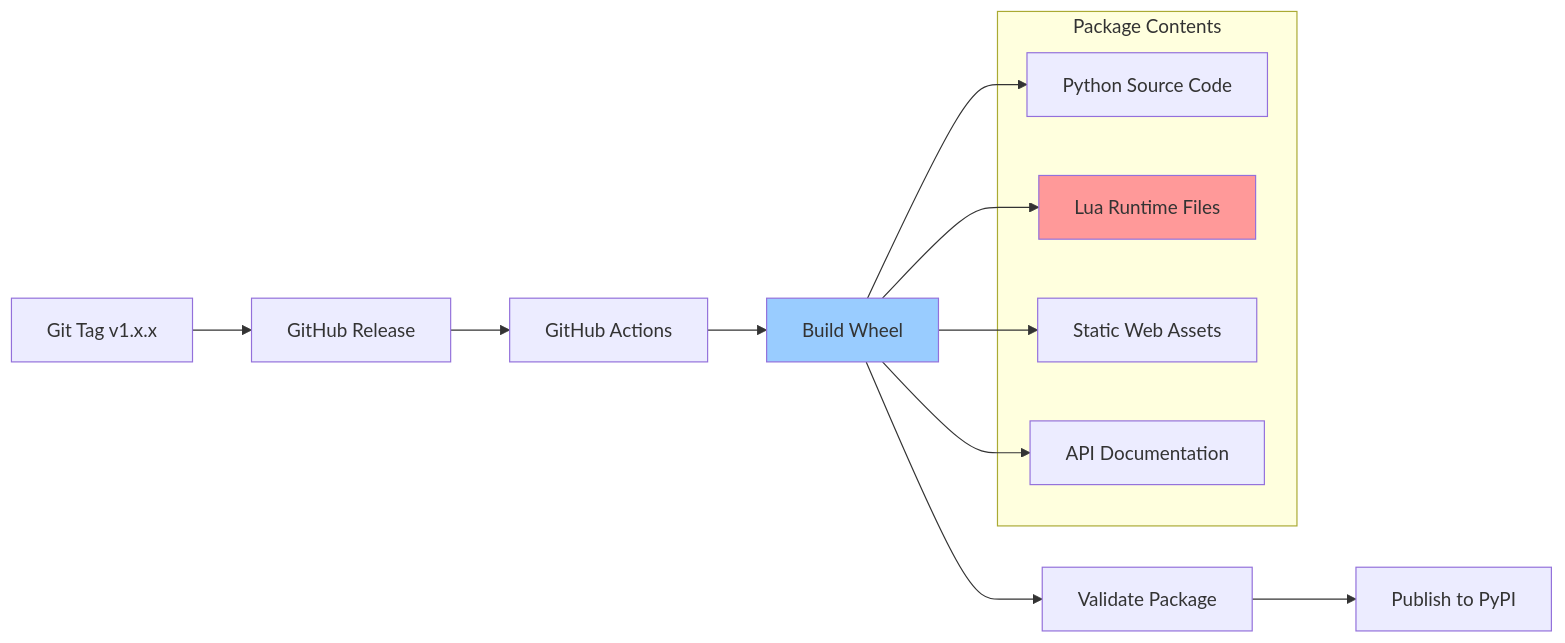
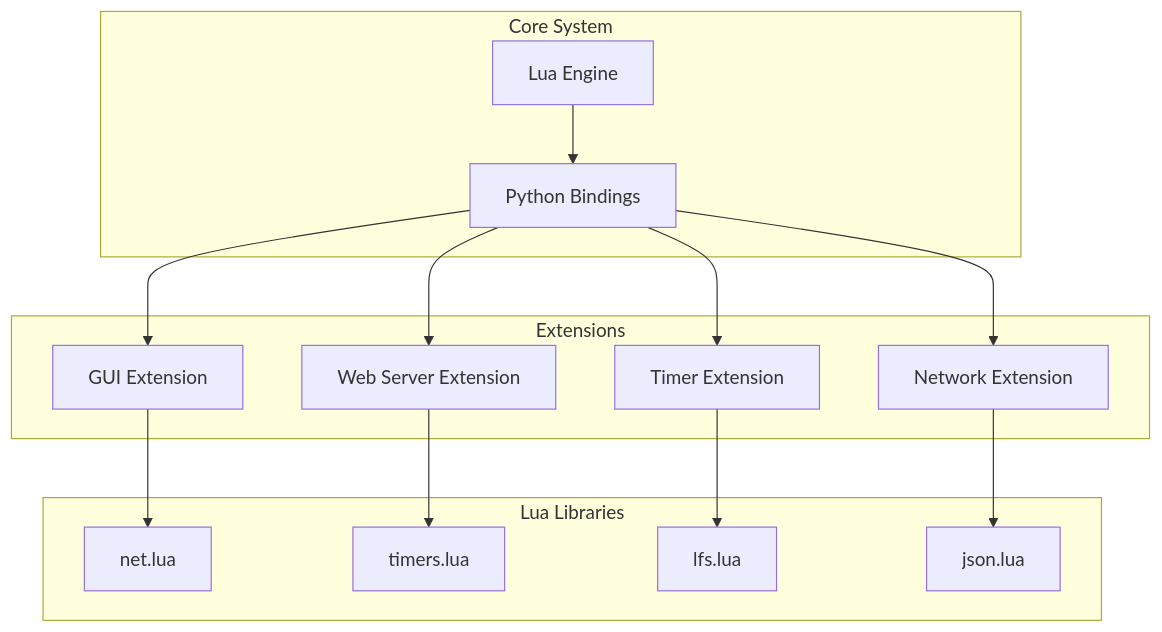
Diagram 17 of 18 in ARCHITECTURE.md (jangabrielsson/plua), drawn with Mermaid before and after one commit. The commit also changed other lines of this file and 404 other files, not shown here.

````diff
--- a/ARCHITECTURE.md
+++ b/ARCHITECTURE.md
@@ -826,23 +622,31 @@
 ```mermaid
-graph LR
-    A[Git Tag v1.x.x] --> B[GitHub Release]
-    B --> C[GitHub Actions]
-    C --> D[Build Wheel]
-    D --> E[Validate Package]
-    E --> F[Publish to PyPI]
-    
-    subgraph "Package Contents"
-        G[Python Source Code]
-        H[Lua Runtime Files]
-        I[Static Web Assets]
-        J[API Documentation]
+graph TB
+    subgraph "Core System"
+        ENGINE[Lua Engine]
+        BINDINGS[Python Bindings]
     end
     
-    D --> G
-    D --> H
-    D --> I
-    D --> J
+    subgraph "Extensions"
+        GUI_EXT[GUI Extension]
+        WEB_EXT[Web Server Extension]
+        TIMER_EXT[Timer Extension]
+        NET_EXT[Network Extension]
+    end
     
-    style D fill:#99ccff
-    style H fill:#ff9999
+    subgraph "Lua Libraries"
+        NET[net.lua]
+        TIMERS[timers.lua]
+        LFS[lfs.lua]
+        JSON[json.lua]
+    end
+    
+    ENGINE --> BINDINGS
+    BINDINGS --> GUI_EXT
+    BINDINGS --> WEB_EXT
+    BINDINGS --> TIMER_EXT
+    BINDINGS --> NET_EXT
+    GUI_EXT --> NET
+    WEB_EXT --> TIMERS
+    TIMER_EXT --> LFS
+    NET_EXT --> JSON
 ```
````
